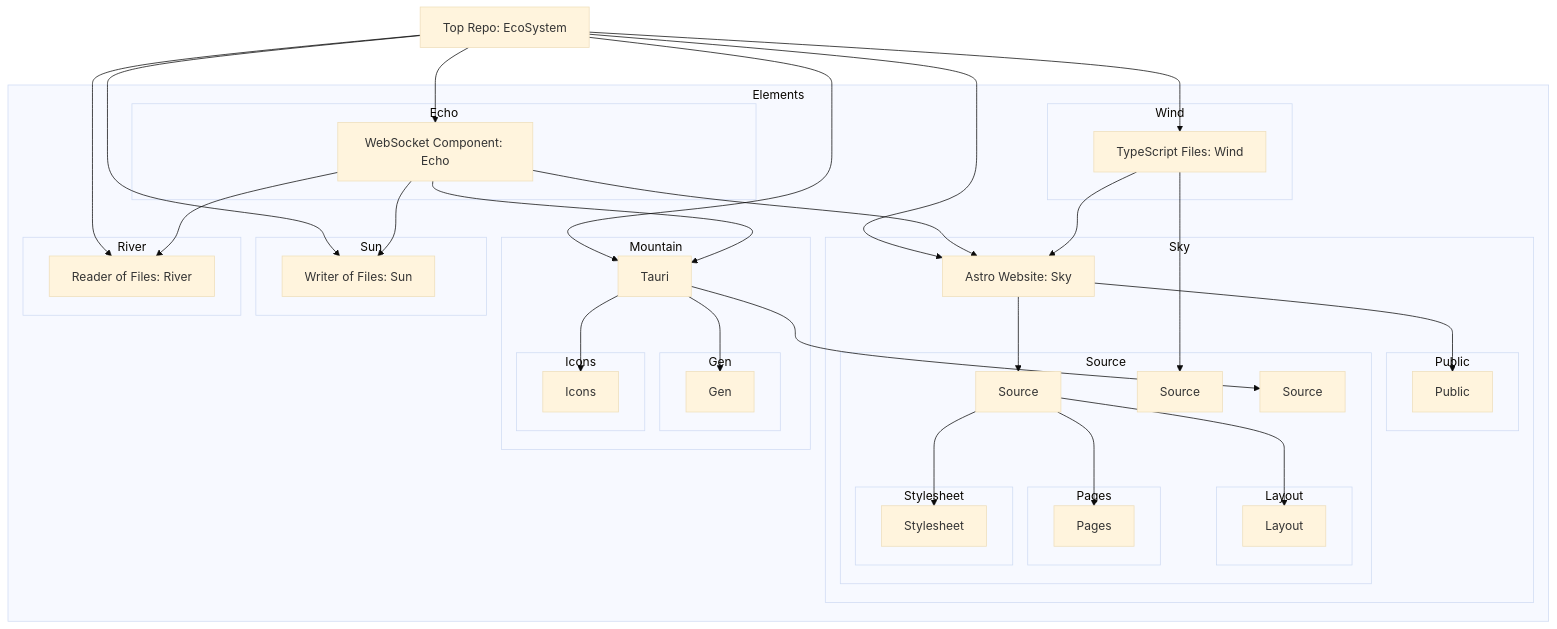
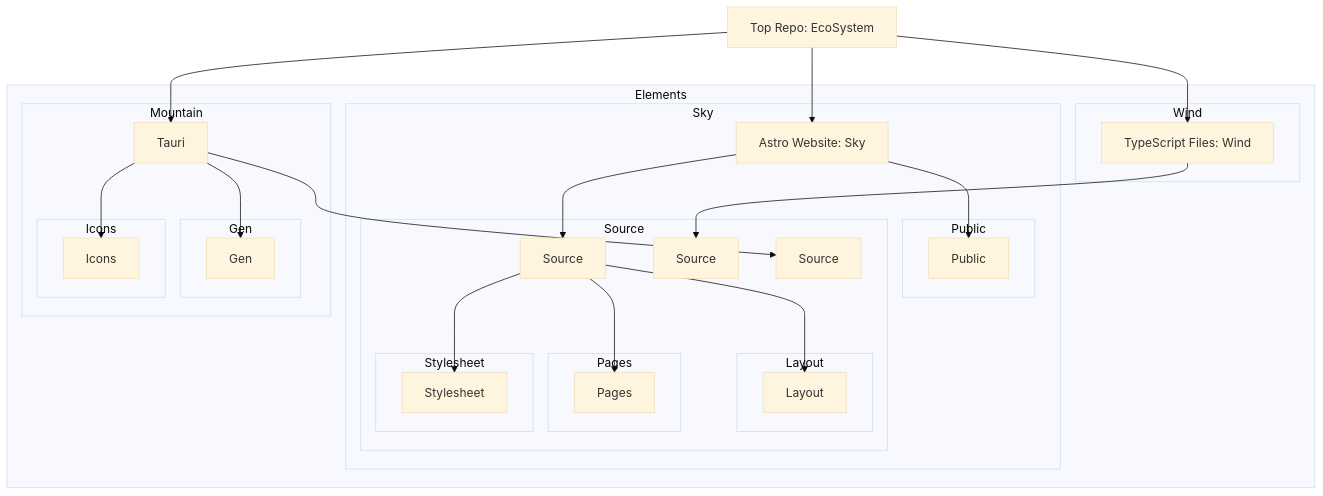
One commit to CodeEditorLand/Land changed the first of 2 diagrams in README.md. Above: the diagram before and after it, drawn with Mermaid (base theme). The commit also changed other lines of this file, not shown here.

````diff
--- a/README.md
+++ b/README.md
@@ -39,78 +31,58 @@
 ```mermaid
 graph TD
     A[Top Repo: EcoSystem]
 
     subgraph Elements
         subgraph Sky
             D[Astro Website: Sky]
             subgraph Public
                 D3[Public]
             end
             subgraph Source
                 D4[Source]
                 subgraph Layout
                     D5[Layout]
                 end
                 subgraph Pages
                     D6[Pages]
                 end
                 subgraph Stylesheet
                     D7[Stylesheet]
                 end
             end
         end
 
         subgraph Wind
             F[TypeScript Files: Wind]
             subgraph Source
                 F3[Source]
             end
         end
 
         subgraph Mountain
             G[Tauri]
             subgraph Gen
                 G3[Gen]
             end
             subgraph Icons
                 G4[Icons]
             end
             subgraph Source
                 G5[Source]
             end
         end
-
-        subgraph Sun
-            H[Writer of Files: Sun]
-        end
-
-        subgraph River
-            I[Reader of Files: River]
-        end
-
-        subgraph Echo
-            J[WebSocket Component: Echo]
-        end
     end
 
     A --> D
     A --> F
     A --> G
-    A --> H
-    A --> I
-    A --> J
     D --> D3
     D --> D4
     D4 --> D5
     D4 --> D6
     D4 --> D7
     F --> F3
     G --> G3
     G --> G4
     G --> G5
-    J --> G
-    J --> I
-    J --> H
-    J --> D
-    F --> D
 ```
````
